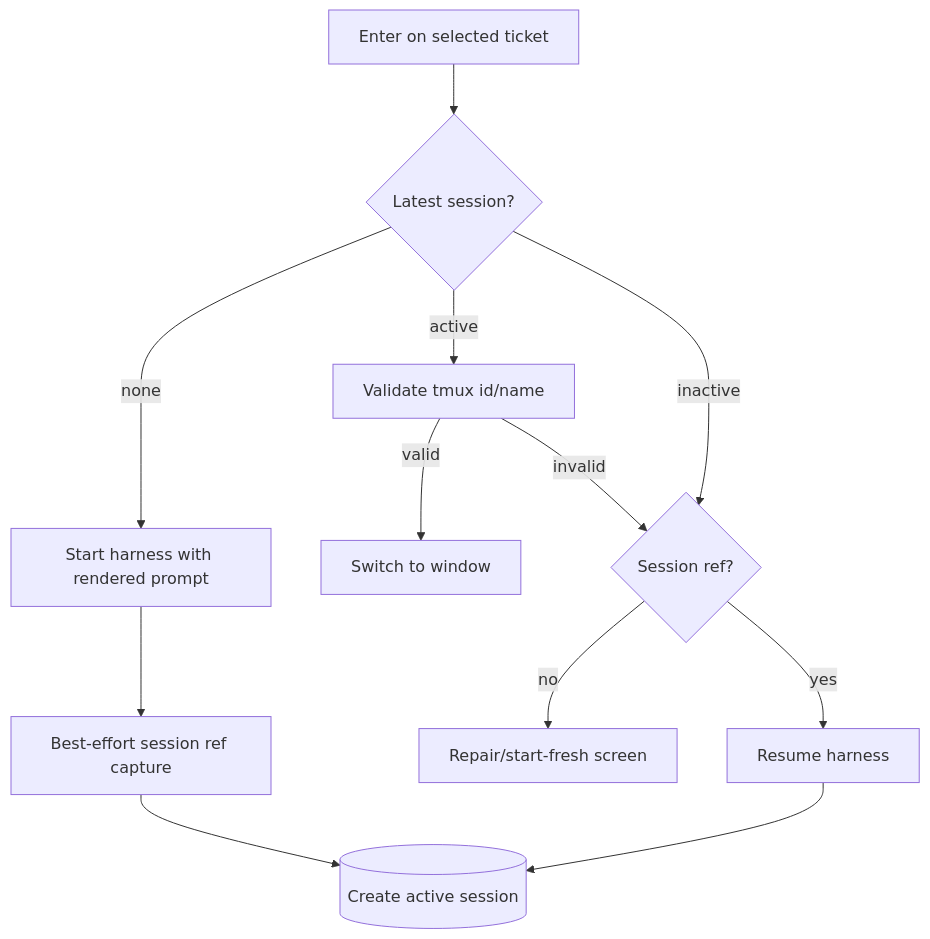
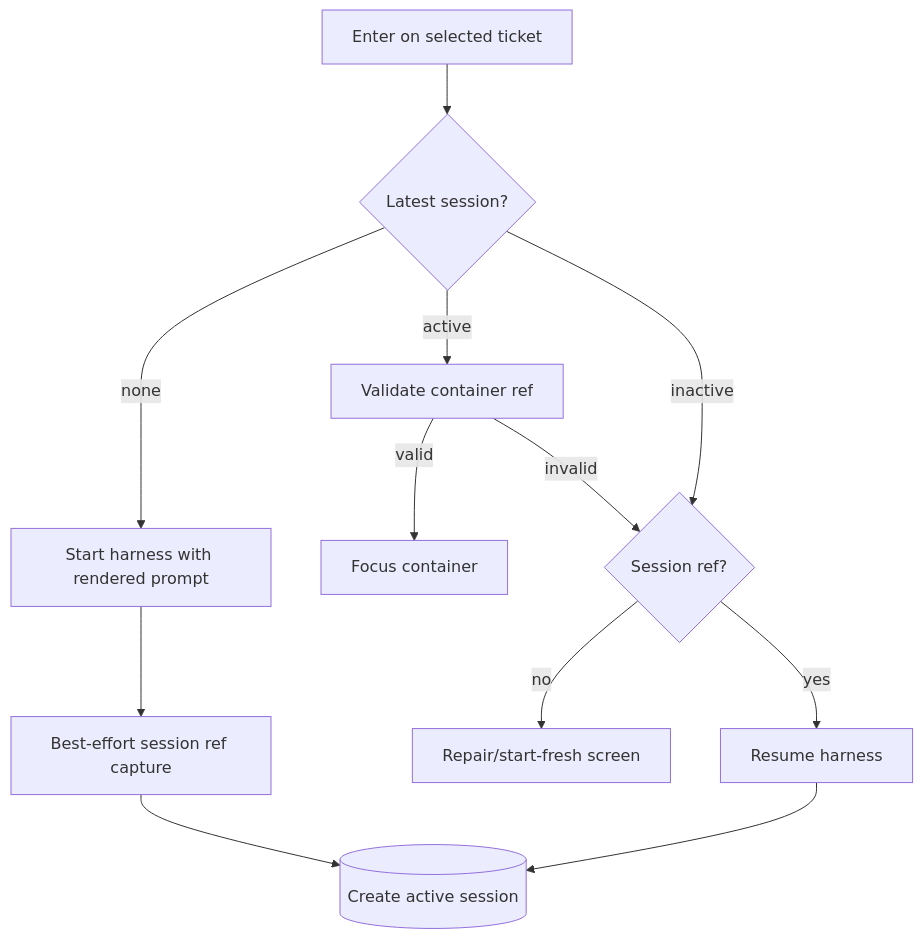
Before and after one commit to carlotran4/kanbi: the fourth of 5 diagrams in docs/architecture.md, drawn with Mermaid. The commit also changed other lines of this file and 12 other files, not shown here.

````diff
--- a/docs/architecture.md
+++ b/docs/architecture.md
@@ -151,14 +151,14 @@
 ```mermaid
 flowchart TD
     Enter[Enter on selected ticket] --> Latest{Latest session?}
     Latest -- none --> Start[Start harness with rendered prompt]
-    Latest -- active --> Validate[Validate tmux id/name]
-    Validate -- valid --> Switch[Switch to window]
+    Latest -- active --> Validate[Validate container ref]
+    Validate -- valid --> Switch[Focus container]
     Validate -- invalid --> Ref{Session ref?}
     Latest -- inactive --> Ref
     Ref -- yes --> Resume[Resume harness]
     Ref -- no --> Repair[Repair/start-fresh screen]
     Start --> Capture[Best-effort session ref capture]
     Capture --> Store[(Create/update active session metadata)]
     Resume --> Store[(Create active session)]
 ```
````
